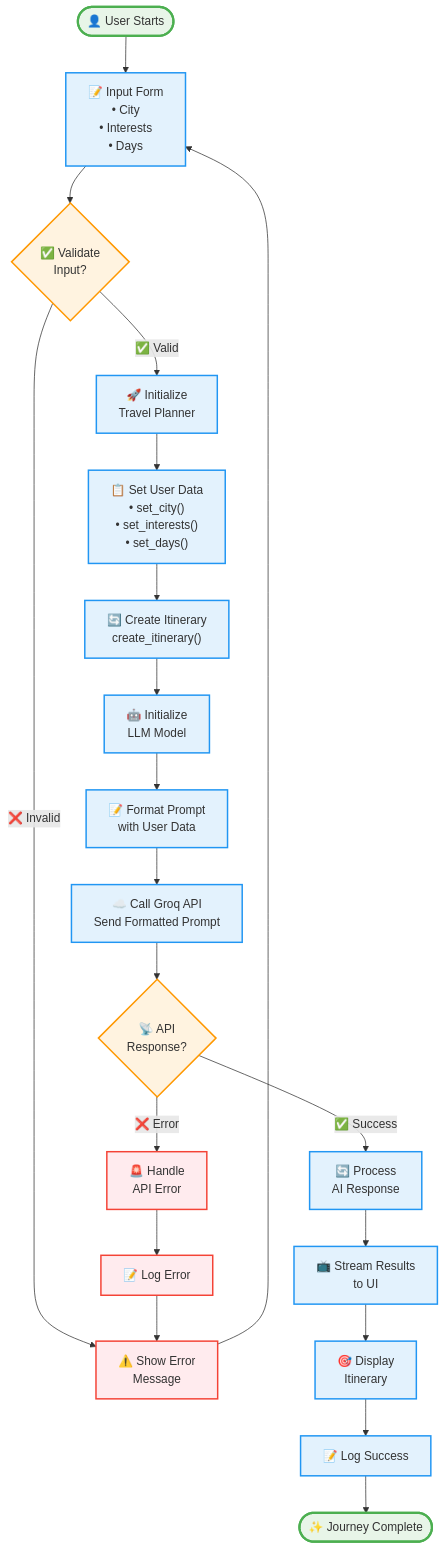
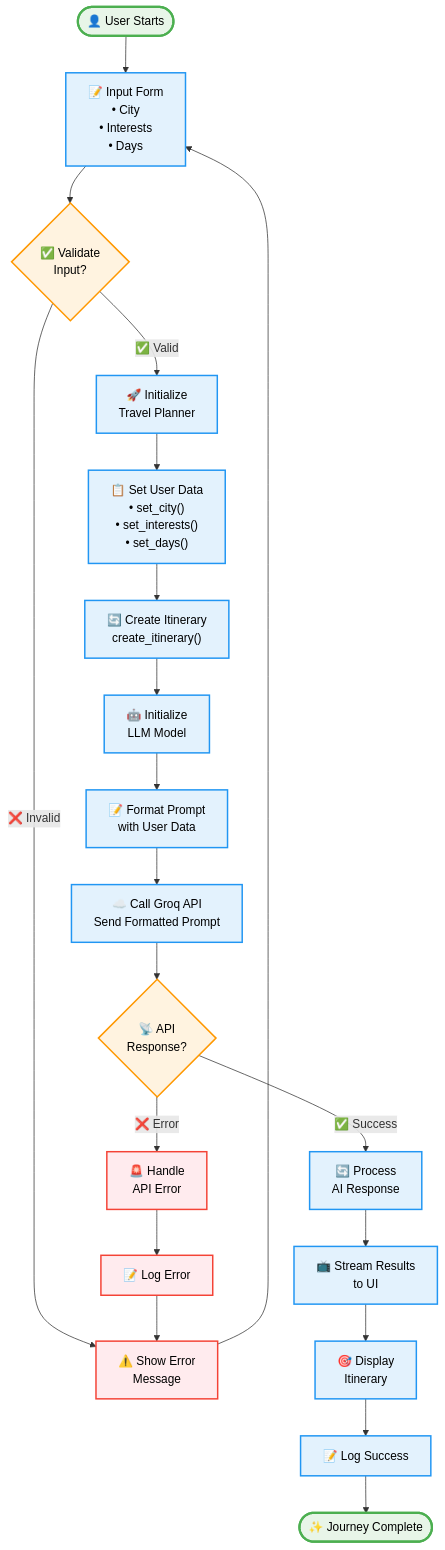
The seventh of 9 diagrams in HLD_Document.md (neerajprasad209/LLM-POWERED-TRAVELL_PLANNER), drawn with Mermaid before and after one commit. The commit also changed other lines of this file, not shown here.

````diff
--- a/HLD_Document.md
+++ b/HLD_Document.md
@@ -391,40 +403,40 @@
 ```mermaid
 flowchart TD
     START(["👤 User Starts"]) --> INPUT["📝 Input Form<br/>• City<br/>• Interests<br/>• Days"]
     
     INPUT --> VALIDATE{"✅ Validate<br/>Input?"}
     VALIDATE -->|❌ Invalid| ERROR["⚠️ Show Error<br/>Message"]
     ERROR --> INPUT
     
     VALIDATE -->|✅ Valid| INIT["🚀 Initialize<br/>Travel Planner"]
     INIT --> SET_DATA["📋 Set User Data<br/>• set_city()<br/>• set_interests()<br/>• set_days()"]
     
     SET_DATA --> CREATE["🔄 Create Itinerary<br/>create_itinerary()"]
     CREATE --> LLM_INIT["🤖 Initialize<br/>LLM Model"]
     
     LLM_INIT --> PROMPT["📝 Format Prompt<br/>with User Data"]
     PROMPT --> API_CALL["☁️ Call Groq API<br/>Send Formatted Prompt"]
     
     API_CALL --> API_RESPONSE{"📡 API<br/>Response?"}
     API_RESPONSE -->|❌ Error| API_ERROR["🚨 Handle<br/>API Error"]
     API_ERROR --> LOG_ERROR["📝 Log Error"]
     LOG_ERROR --> ERROR
     
     API_RESPONSE -->|✅ Success| PROCESS["🔄 Process<br/>AI Response"]
     PROCESS --> STREAM["📺 Stream Results<br/>to UI"]
     
     STREAM --> DISPLAY["🎯 Display<br/>Itinerary"]
     DISPLAY --> LOG_SUCCESS["📝 Log Success"]
     LOG_SUCCESS --> END(["✨ Journey Complete"])
     
-    classDef startNode fill:#e8f5e8,stroke:#4caf50,stroke-width:3px
-    classDef processNode fill:#e3f2fd,stroke:#2196f3,stroke-width:2px
-    classDef decisionNode fill:#fff3e0,stroke:#ff9800,stroke-width:2px
-    classDef errorNode fill:#ffebee,stroke:#f44336,stroke-width:2px
-    classDef endNode fill:#f3e5f5,stroke:#9c27b0,stroke-width:3px
+    classDef startNode fill:#e8f5e8,stroke:#4caf50,stroke-width:3px,color:#000000
+    classDef processNode fill:#e3f2fd,stroke:#2196f3,stroke-width:2px,color:#000000
+    classDef decisionNode fill:#fff3e0,stroke:#ff9800,stroke-width:2px,color:#000000
+    classDef errorNode fill:#ffebee,stroke:#f44336,stroke-width:2px,color:#000000
+    classDef endNode fill:#f3e5f5,stroke:#9c27b0,stroke-width:3px,color:#000000
     
     class START,END startNode
     class INPUT,INIT,SET_DATA,CREATE,LLM_INIT,PROMPT,API_CALL,PROCESS,STREAM,DISPLAY,LOG_SUCCESS processNode
     class VALIDATE,API_RESPONSE decisionNode
     class ERROR,API_ERROR,LOG_ERROR errorNode
 ```
````
